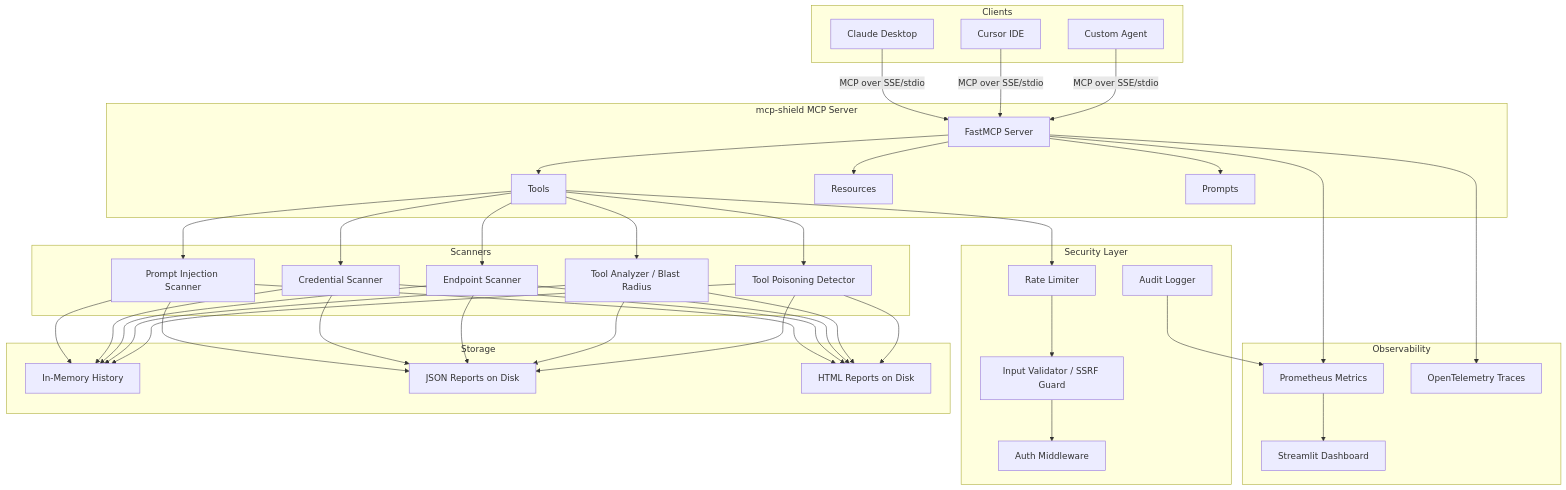
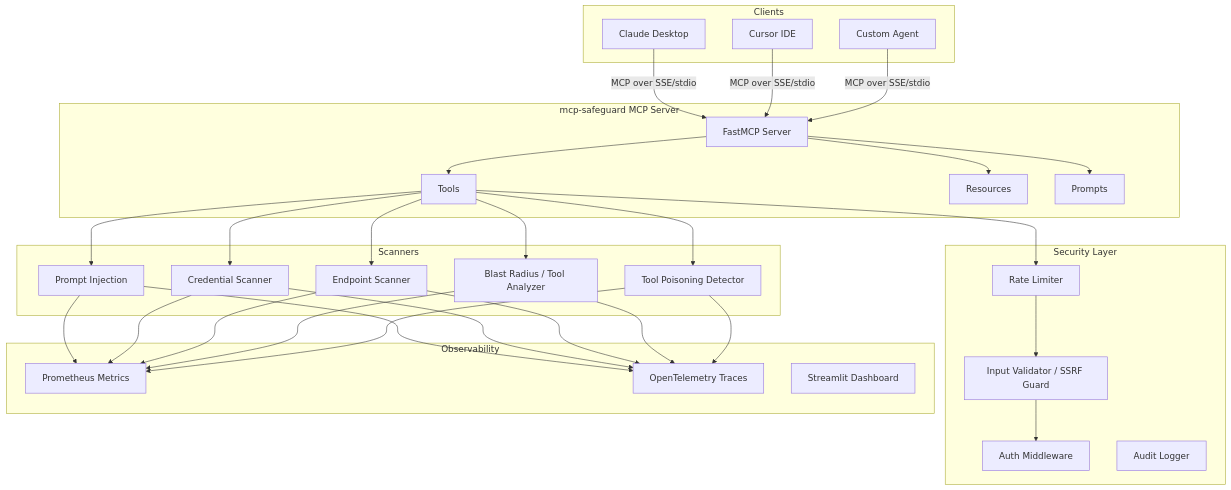
The diagram in README.md (SyedAnas01/mcp-safeguard), drawn with Mermaid before and after one commit. The commit also changed other lines of this file, not shown here.

````diff
--- a/README.md
+++ b/README.md
@@ -15,51 +280,42 @@
 ```mermaid
 graph TB
     subgraph Clients
         A[Claude Desktop]
         B[Cursor IDE]
         C[Custom Agent]
     end
 
-    subgraph mcp-shield MCP Server
+    subgraph mcp-safeguard MCP Server
         D[FastMCP Server]
         E[Tools]
         F[Resources]
         G[Prompts]
     end
 
     subgraph Scanners
-        H[Prompt Injection Scanner]
+        H[Prompt Injection]
         I[Credential Scanner]
         J[Endpoint Scanner]
-        K[Tool Analyzer / Blast Radius]
+        K[Blast Radius / Tool Analyzer]
         L[Tool Poisoning Detector]
     end
 
     subgraph Security Layer
         M[Rate Limiter]
         N[Input Validator / SSRF Guard]
         O[Auth Middleware]
         P[Audit Logger]
     end
 
     subgraph Observability
         Q[Prometheus Metrics]
         R[OpenTelemetry Traces]
         S[Streamlit Dashboard]
     end
 
-    subgraph Storage
-        T[In-Memory History]
-        U[JSON Reports on Disk]
-        V[HTML Reports on Disk]
-    end
-
     A & B & C -->|MCP over SSE/stdio| D
     D --> E & F & G
     E --> M --> N --> O
     E --> H & I & J & K & L
-    H & I & J & K & L --> T & U & V
-    D --> Q & R
-    Q --> S
-    P --> Q
+    H & I & J & K & L --> Q & R
 ```
````
